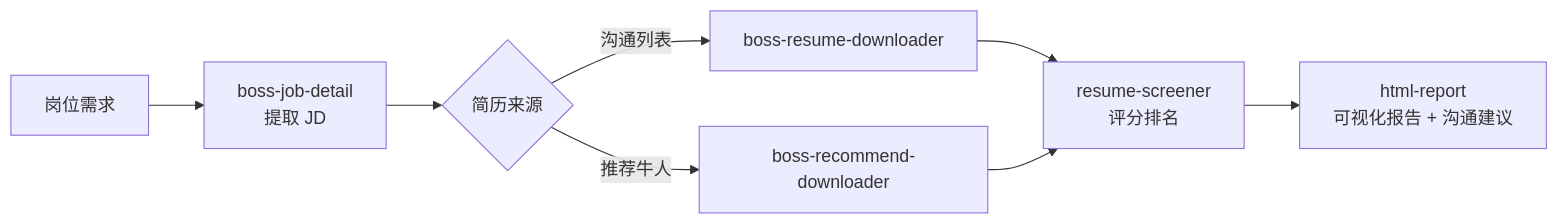
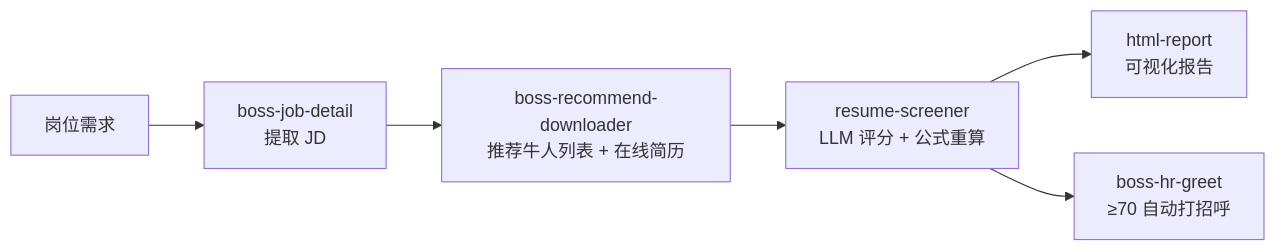
The diagram in README.md (yuhongwei380/boss-hr-agent-toolkit), drawn with Mermaid before and after one commit. The commit also changed other lines of this file and 23 other files, not shown here.

````diff
--- a/README.md
+++ b/README.md
@@ -71,10 +72,8 @@
 ```mermaid
 flowchart LR
     A[岗位需求] --> B[boss-job-detail<br/>提取 JD]
-    B --> C{简历来源}
-    C -->|沟通列表| D1[boss-resume-downloader]
-    C -->|推荐牛人| D2[boss-recommend-downloader]
-    D1 --> E[resume-screener<br/>评分排名]
-    D2 --> E
-    E --> F[html-report<br/>可视化报告 + 沟通建议]
+    B --> C[boss-recommend-downloader<br/>推荐牛人列表 + 在线简历]
+    C --> D[resume-screener<br/>LLM 评分 + 公式重算]
+    D --> E[html-report<br/>可视化报告]
+    D --> F[boss-hr-greet<br/>≥70 自动打招呼]
 ```
````
